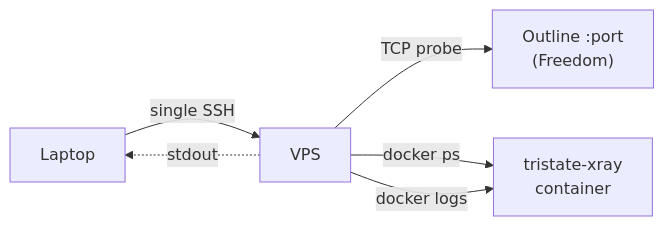
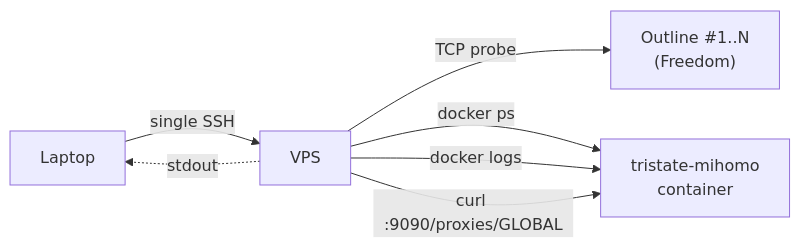
Before and after one commit to monkeycatdog/vpn-provision: the eighth of 9 diagrams in README.md, drawn with Mermaid. The commit also changed other lines of this file and 27 other files, not shown here.

First line of the commit message:
feat: migrate from xray to mihomo

````diff
--- a/README.md
+++ b/README.md
@@ -538,8 +709,9 @@
 ```mermaid
 flowchart LR
   L["Laptop"] -- "single SSH" --> V["VPS"]
-  V -- "TCP probe" --> O["Outline :port<br/>(Freedom)"]
-  V -- "docker ps" --> X["tristate-xray<br/>container"]
+  V -- "TCP probe" --> O["Outline #1..N<br/>(Freedom)"]
+  V -- "docker ps" --> X["tristate-mihomo<br/>container"]
   V -- "docker logs" --> X
+  V -- "curl :9090/proxies/GLOBAL" --> X
   V -. "stdout" .-> L
 ```
````
